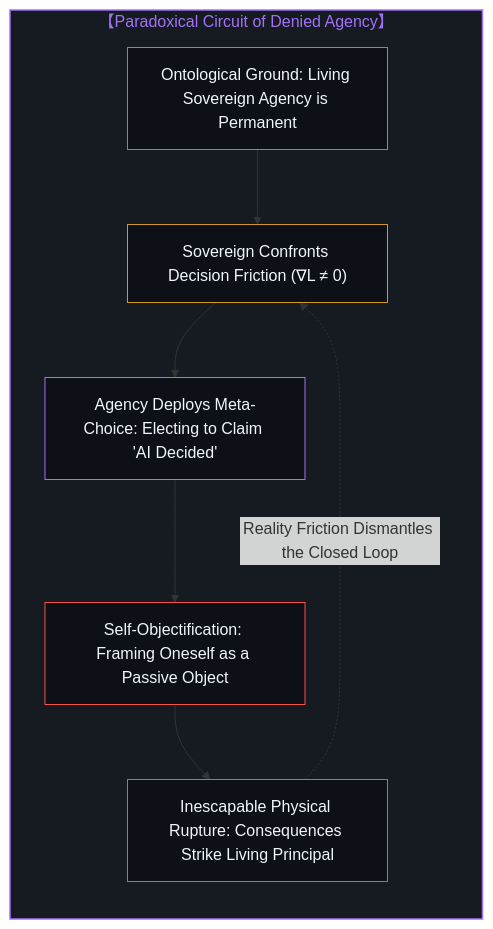
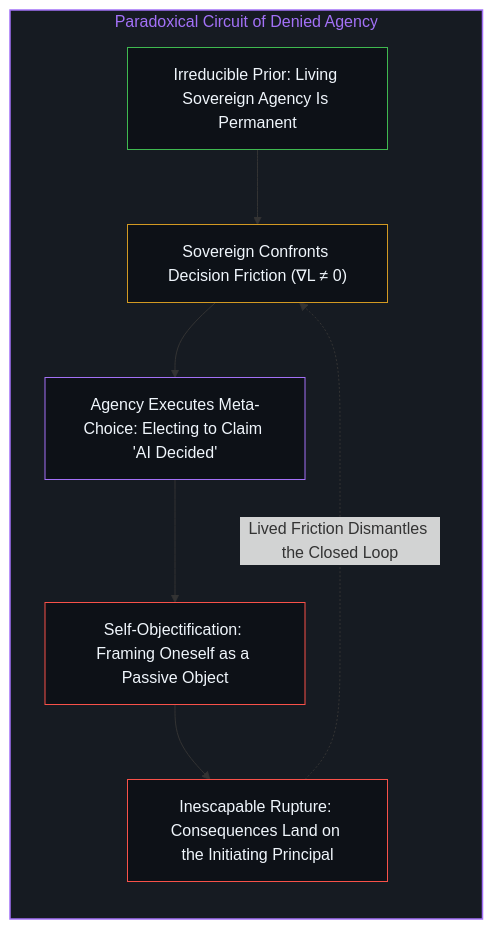
One commit to powerpig99/not-a-toe changed the tenth of 12 diagrams in content/posts/the-delegation-of-the-task-and-the-inalienability-of-consequences.md. Above: the diagram before and after it, drawn with Mermaid. The commit also changed other lines of this file and 1 other file, not shown here.

Commit message:
Refine L1 #8 (Wave 3): the-delegation-of-the-task-and-the-inalienability-of-consequences

````diff
--- a/content/posts/the-delegation-of-the-task-and-the-inalienability-of-consequences.md
+++ b/content/posts/the-delegation-of-the-task-and-the-inalienability-of-consequences.md
@@ -370,20 +348,20 @@
 ```mermaid
-graph TD
-    subgraph Paradox_Of_Agency_EN["【Paradoxical Circuit of Denied Agency】"]
+flowchart TD
+    subgraph S_Paradox["Paradoxical Circuit of Denied Agency"]
         direction TB
-        A1_EN["Ontological Ground: Living Sovereign Agency is Permanent"]
-        A2_EN["Sovereign Confronts Decision Friction (∇L ≠ 0)"]
-        A3_EN["Agency Deploys Meta-Choice: Electing to Claim 'AI Decided'"]
-        A4_EN["Self-Objectification: Framing Oneself as a Passive Object"]
-        A5_EN["Inescapable Physical Rupture: Consequences Strike Living Principal"]
-        A1_EN --> A2_EN --> A3_EN --> A4_EN --> A5_EN
-        A5_EN -.->|"Reality Friction Dismantles the Closed Loop"| A2_EN
+        A1["Irreducible Prior: Living Sovereign Agency Is Permanent"]
+        A2["Sovereign Confronts Decision Friction (∇L ≠ 0)"]
+        A3["Agency Executes Meta-Choice: Electing to Claim 'AI Decided'"]
+        A4["Self-Objectification: Framing Oneself as a Passive Object"]
+        A5["Inescapable Rupture: Consequences Land on the Initiating Principal"]
+        A1 --> A2 --> A3 --> A4 --> A5
+        A5 -.->|"Lived Friction Dismantles the Closed Loop"| A2
     end
 
-    style Paradox_Of_Agency_EN fill:#161b22,stroke:#a371f7,stroke-width:1.5px,color:#a371f7
-    style A1_EN fill:#0d1117,stroke:#3fb950,stroke-width:1px,color:#f0f6fc
-    style A2_EN fill:#0d1117,stroke:#d29922,stroke-width:1px,color:#f0f6fc
-    style A3_EN fill:#0d1117,stroke:#a371f7,stroke-width:1px,color:#f0f6fc
-    style A4_EN fill:#0d1117,stroke:#f85149,stroke-width:1px,color:#f0f6fc
-    style A5_EN fill:#0d1117,stroke:#f85149,stroke-width:1px,color:#f0f6fc
+    style S_Paradox fill:#161b22,stroke:#a371f7,stroke-width:1.5px,color:#a371f7
+    style A1 fill:#0d1117,stroke:#3fb950,stroke-width:1px,color:#f0f6fc
+    style A2 fill:#0d1117,stroke:#d29922,stroke-width:1px,color:#f0f6fc
+    style A3 fill:#0d1117,stroke:#a371f7,stroke-width:1px,color:#f0f6fc
+    style A4 fill:#0d1117,stroke:#f85149,stroke-width:1px,color:#f0f6fc
+    style A5 fill:#0d1117,stroke:#f85149,stroke-width:1px,color:#f0f6fc
 ```
````
